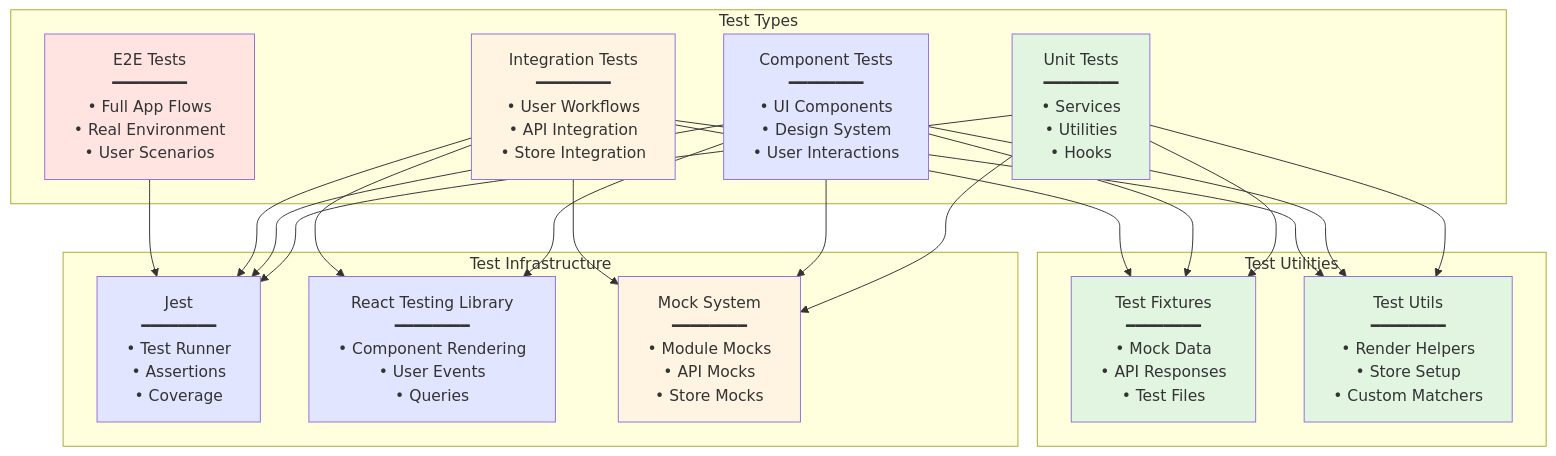
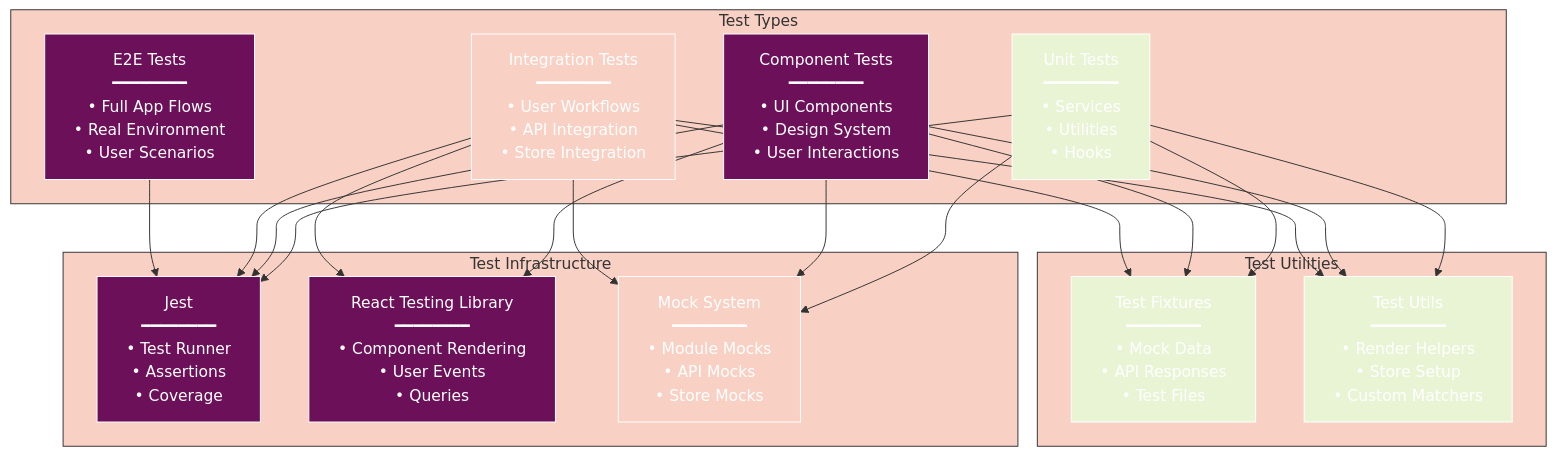
The first of 4 diagrams in docs/testing/README.md (radicalkjax/Athena), drawn with Mermaid before and after one commit. The commit also changed other lines of this file and 27 other files, not shown here.

Commit message:
Introduction of expo package manager. Updated docs to reflect changes. Unified mermaid theme for docs.

````diff
--- a/docs/testing/README.md
+++ b/docs/testing/README.md
@@ -60,49 +60,70 @@
 ```mermaid
+%%{init: {
+  'theme': 'base',
+  'themeVariables': {
+    'primaryColor': '#6d105a',
+    'primaryTextColor': '#ffffff',
+    'primaryBorderColor': '#ffffff',
+    'lineColor': '#333333',
+    'secondaryColor': '#e8f4d4',
+    'secondaryTextColor': '#333333',
+    'secondaryBorderColor': '#333333',
+    'tertiaryColor': '#f9d0c4',
+    'tertiaryTextColor': '#333333',
+    'tertiaryBorderColor': '#333333',
+    'background': '#ffffff',
+    'mainBkg': '#6d105a',
+    'secondBkg': '#e8f4d4',
+    'tertiaryBkg': '#f9d0c4',
+    'textColor': '#333333',
+    'fontFamily': 'Arial, sans-serif'
+  }
+}}%%
 graph TB
     subgraph "Test Types"
         UT[Unit Tests<br/>━━━━━━━━<br/>• Services<br/>• Utilities<br/>• Hooks]
         CT[Component Tests<br/>━━━━━━━━<br/>• UI Components<br/>• Design System<br/>• User Interactions]
         IT[Integration Tests<br/>━━━━━━━━<br/>• User Workflows<br/>• API Integration<br/>• Store Integration]
         E2E[E2E Tests<br/>━━━━━━━━<br/>• Full App Flows<br/>• Real Environment<br/>• User Scenarios]
     end
     
     subgraph "Test Infrastructure"
         JEST[Jest<br/>━━━━━━━━<br/>• Test Runner<br/>• Assertions<br/>• Coverage]
         RTL[React Testing Library<br/>━━━━━━━━<br/>• Component Rendering<br/>• User Events<br/>• Queries]
         MOCK[Mock System<br/>━━━━━━━━<br/>• Module Mocks<br/>• API Mocks<br/>• Store Mocks]
     end
     
     subgraph "Test Utilities"
         FIXTURES[Test Fixtures<br/>━━━━━━━━<br/>• Mock Data<br/>• API Responses<br/>• Test Files]
         UTILS[Test Utils<br/>━━━━━━━━<br/>• Render Helpers<br/>• Store Setup<br/>• Custom Matchers]
     end
     
     UT --> JEST
     CT --> JEST
     CT --> RTL
     IT --> JEST
     IT --> RTL
     E2E --> JEST
     
     UT --> MOCK
     CT --> MOCK
     IT --> MOCK
     
     UT --> FIXTURES
     CT --> FIXTURES
     IT --> FIXTURES
     
     UT --> UTILS
     CT --> UTILS
     IT --> UTILS
     
-    style UT fill:#e1f5e1
-    style CT fill:#e1e5ff
-    style IT fill:#fff4e1
-    style E2E fill:#ffe4e1
-    style JEST fill:#e1e5ff
-    style RTL fill:#e1e5ff
-    style MOCK fill:#fff4e1
-    style FIXTURES fill:#e1f5e1
-    style UTILS fill:#e1f5e1
+    style UT fill:#e8f4d4
+    style CT fill:#6d105a
+    style IT fill:#f9d0c4
+    style E2E fill:#6d105a
+    style JEST fill:#6d105a
+    style RTL fill:#6d105a
+    style MOCK fill:#f9d0c4
+    style FIXTURES fill:#e8f4d4
+    style UTILS fill:#e8f4d4
 ```
````
